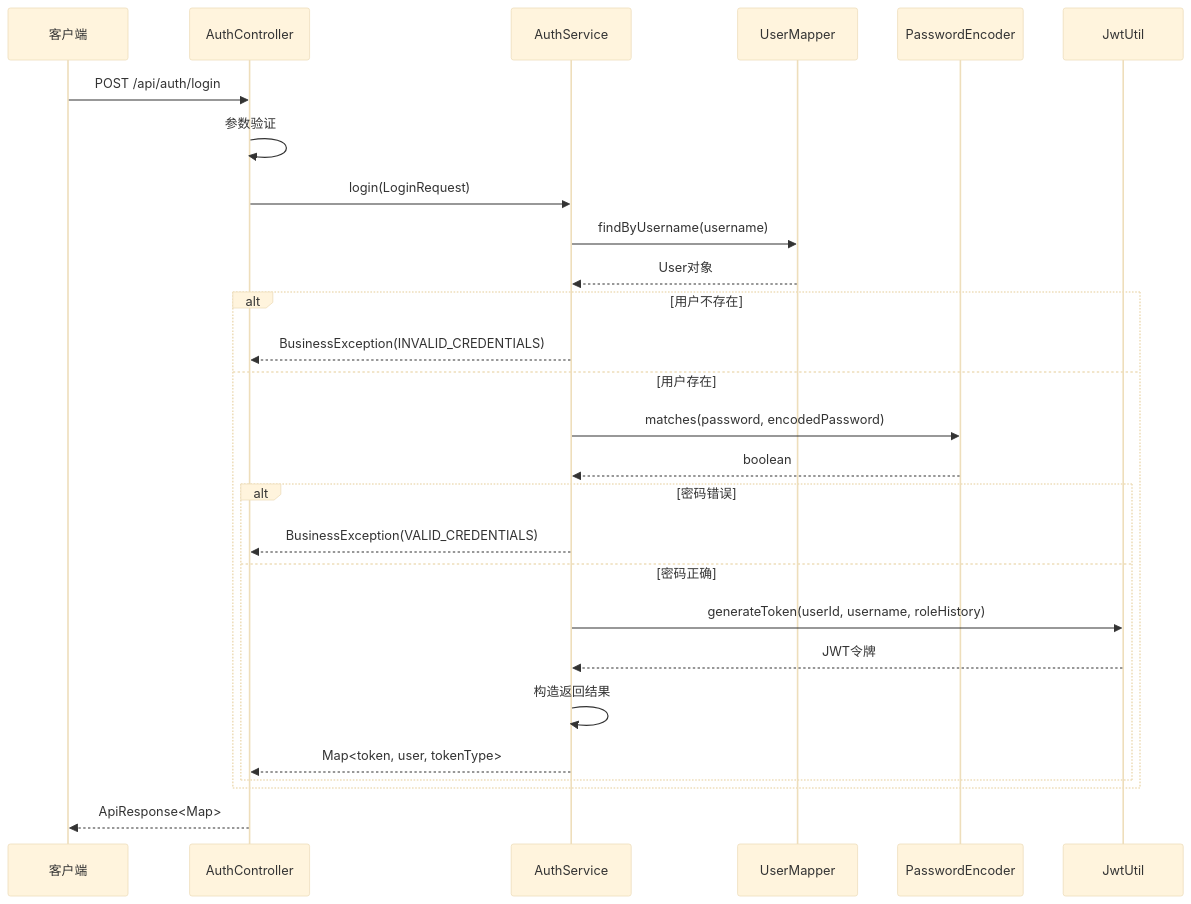
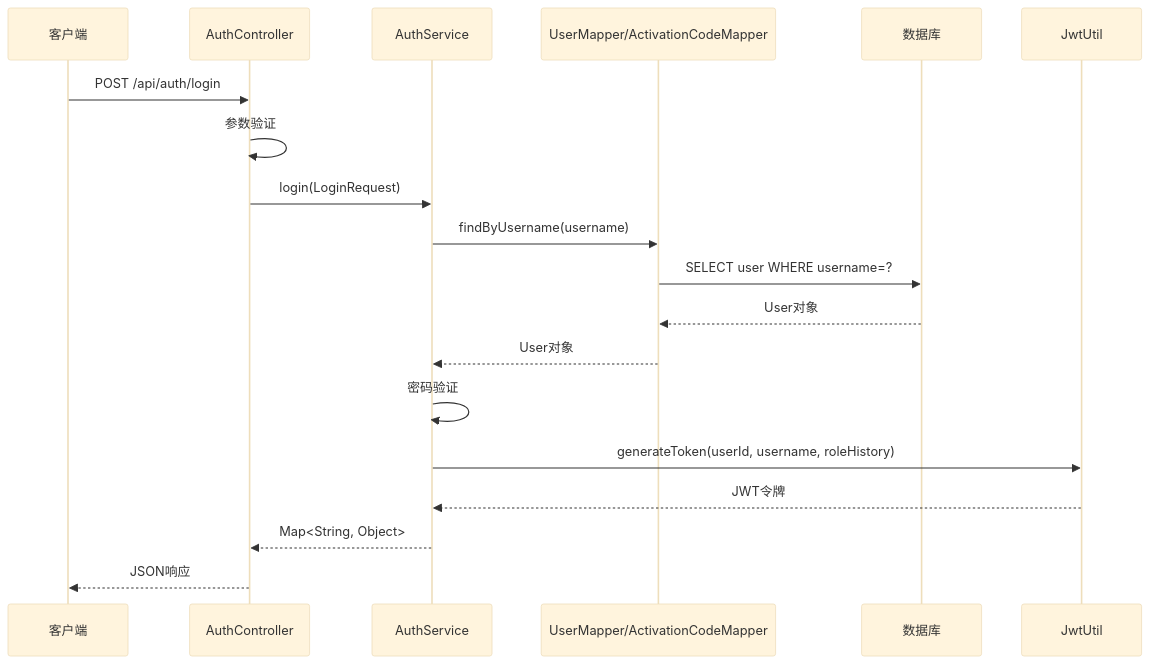
Before and after one commit to Redmoon-2333/HumanResourceOfficial: the second of 11 diagrams in .qoder/repowiki/zh/content/业务逻辑层/认证服务.md, drawn with Mermaid (base theme). The commit also changed other lines of this file and 60 other files, not shown here.

````diff
--- a/.qoder/repowiki/zh/content/业务逻辑层/认证服务.md
+++ b/.qoder/repowiki/zh/content/业务逻辑层/认证服务.md
@@ -144,29 +106,21 @@
 ```mermaid
 sequenceDiagram
 participant Client as 客户端
 participant Controller as AuthController
 participant Service as AuthService
-participant Mapper as UserMapper
-participant Encoder as PasswordEncoder
+participant Mapper as UserMapper/ActivationCodeMapper
+participant DB as 数据库
 participant JWT as JwtUtil
 Client->>Controller : POST /api/auth/login
 Controller->>Controller : 参数验证
 Controller->>Service : login(LoginRequest)
 Service->>Mapper : findByUsername(username)
+Mapper->>DB : SELECT user WHERE username=?
+DB-->>Mapper : User对象
 Mapper-->>Service : User对象
-alt 用户不存在
-Service-->>Controller : BusinessException(INVALID_CREDENTIALS)
-else 用户存在
-Service->>Encoder : matches(password, encodedPassword)
-Encoder-->>Service : boolean
-alt 密码错误
-Service-->>Controller : BusinessException(VALID_CREDENTIALS)
-else 密码正确
+Service->>Service : 密码验证
 Service->>JWT : generateToken(userId, username, roleHistory)
 JWT-->>Service : JWT令牌
-Service->>Service : 构造返回结果
-Service-->>Controller : Map<token, user, tokenType>
-end
-end
-Controller-->>Client : ApiResponse<Map>
+Service-->>Controller : Map<String, Object>
+Controller-->>Client : JSON响应
 ```
````
